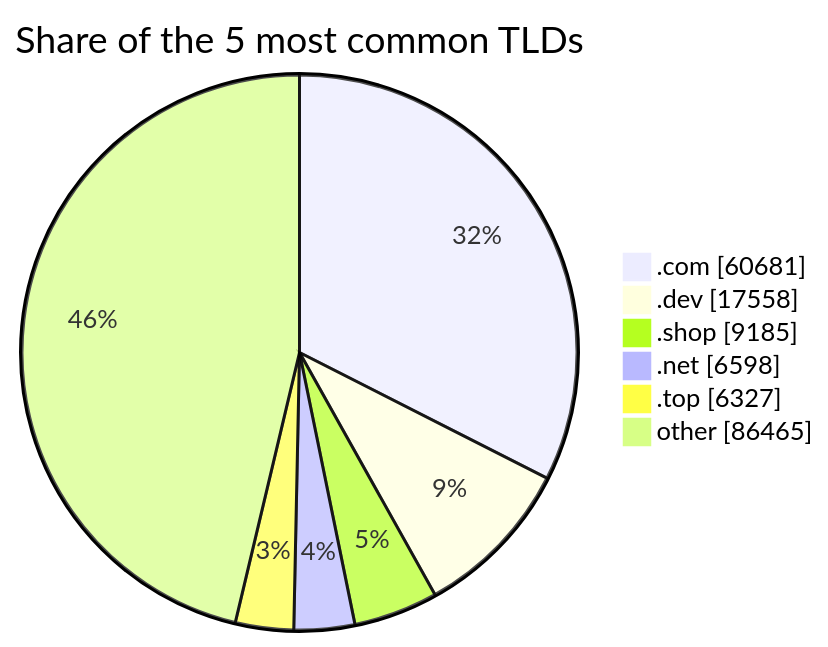
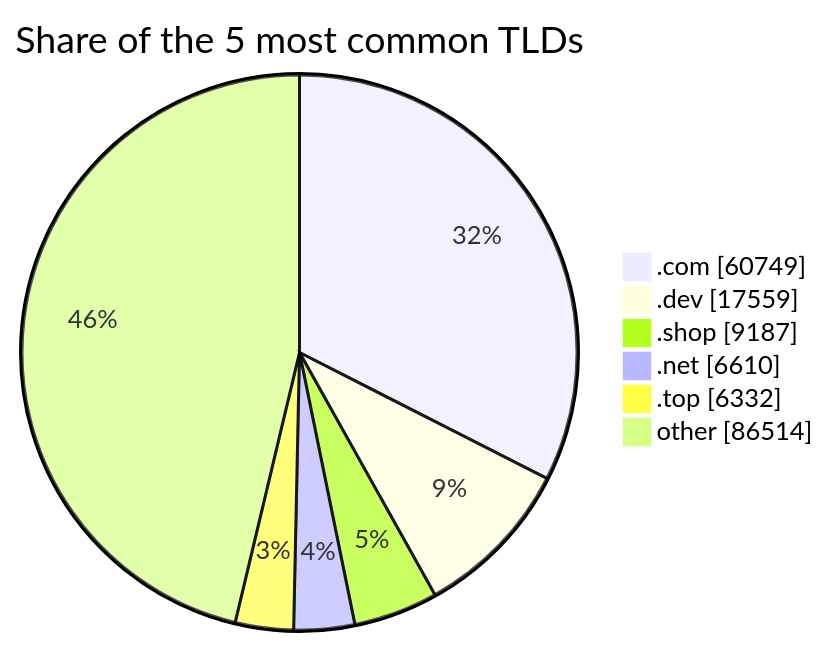
The third of 3 diagrams in README.md (DNSBunker/CTI), drawn with Mermaid before and after one commit. The commit also changed other lines of this file and 3 other files, not shown here.

````diff
--- a/README.md
+++ b/README.md
@@ -81,9 +81,9 @@
 ```mermaid
 pie showData title Share of the 5 most common TLDs
-    ".com" : 60681
-    ".dev" : 17558
-    ".shop" : 9185
-    ".net" : 6598
-    ".top" : 6327
-    "other" : 86465
+    ".com" : 60749
+    ".dev" : 17559
+    ".shop" : 9187
+    ".net" : 6610
+    ".top" : 6332
+    "other" : 86514
 ```
````
